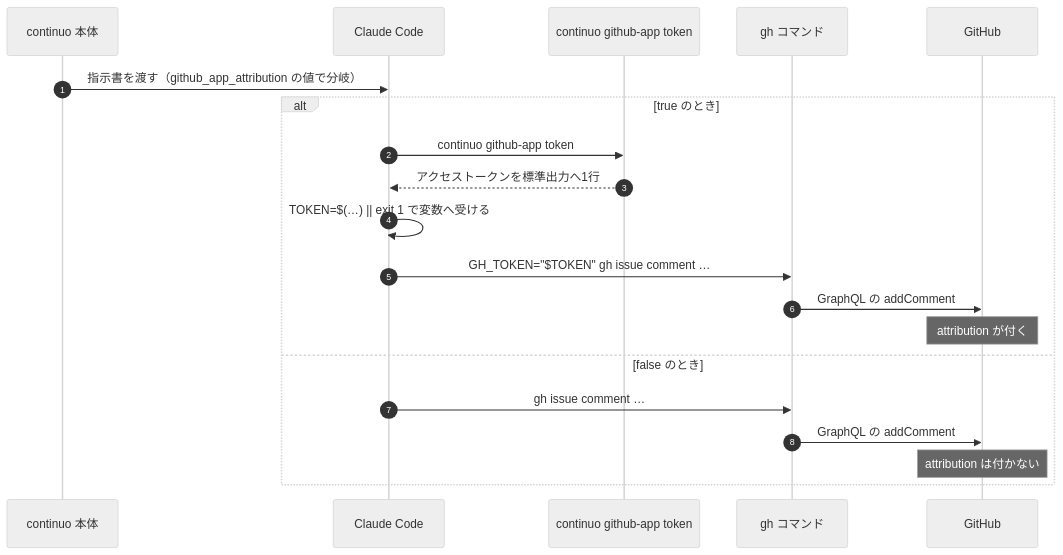
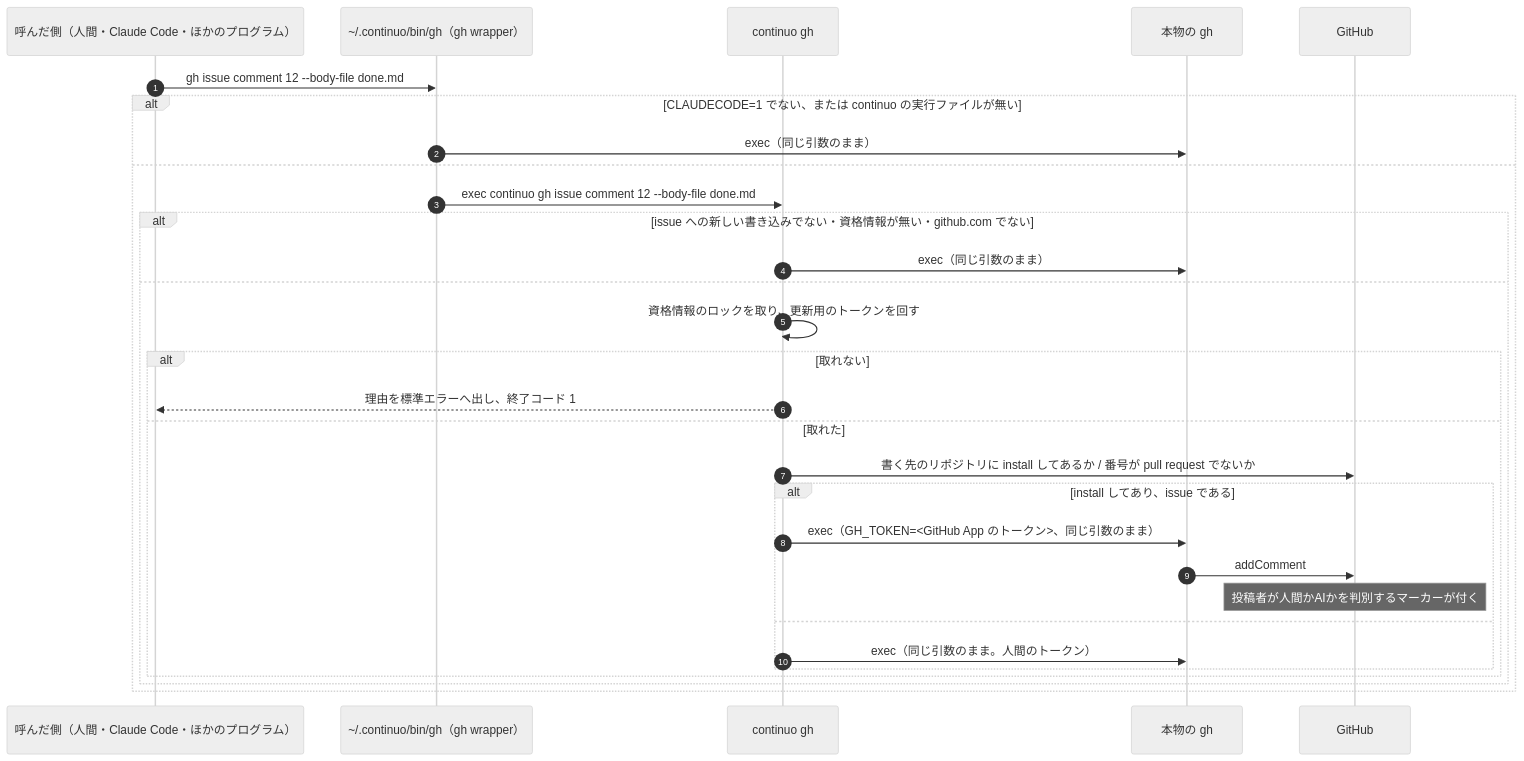
One commit to maimuzo/continuo changed diagram 11 of 12 in docs/plans/impl/issue245_github_app_attribution.md. Above: the diagram before and after it, drawn with Mermaid (neutral theme). The commit also changed other lines of this file, not shown here.

First line of the commit message:
計画ファイルの 6 を承認された設計に書き換える gh wrapper と continuo gh と continuo read-issue を足し、人間のトークンで投稿し直す仕組みをやめる

````diff
--- a/docs/plans/impl/issue245_github_app_attribution.md
+++ b/docs/plans/impl/issue245_github_app_attribution.md
@@ -1436,22 +1049,32 @@
 ```mermaid
 sequenceDiagram
     autonumber
-    participant C as continuo 本体
-    participant A as Claude Code
-    participant CT as continuo github-app token
-    participant GHc as gh コマンド
+    participant X as 呼んだ側（人間・Claude Code・ほかのプログラム）
+    participant W as ~/.continuo/bin/gh（gh wrapper）
+    participant C as continuo gh
+    participant G as 本物の gh
     participant GH as GitHub
-    C->>A: 指示書を渡す（github_app_attribution の値で分岐）
-    alt true のとき
-        A->>CT: continuo github-app token
-        CT-->>A: アクセストークンを標準出力へ1行
-        A->>A: TOKEN=$(…) || exit 1 で変数へ受ける
-        A->>GHc: GH_TOKEN="$TOKEN" gh issue comment …
-        GHc->>GH: GraphQL の addComment
-        Note over GH: attribution が付く
-    else false のとき
-        A->>GHc: gh issue comment …
-        GHc->>GH: GraphQL の addComment
-        Note over GH: attribution は付かない
+    X->>W: gh issue comment 12 --body-file done.md
+    alt CLAUDECODE=1 でない、または continuo の実行ファイルが無い
+        W->>G: exec（同じ引数のまま）
+    else
+        W->>C: exec continuo gh issue comment 12 --body-file done.md
+        alt issue への新しい書き込みでない・資格情報が無い・github.com でない
+            C->>G: exec（同じ引数のまま）
+        else
+            C->>C: 資格情報のロックを取り、更新用のトークンを回す
+            alt 取れない
+                C-->>X: 理由を標準エラーへ出し、終了コード 1
+            else 取れた
+                C->>GH: 書く先のリポジトリに install してあるか / 番号が pull request でないか
+                alt install してあり、issue である
+                    C->>G: exec（GH_TOKEN=<GitHub App のトークン>、同じ引数のまま）
+                    G->>GH: addComment
+                    Note over GH: 投稿者が人間かAIかを判別するマーカーが付く
+                else
+                    C->>G: exec（同じ引数のまま。人間のトークン）
+                end
+            end
+        end
     end
 ```
````
